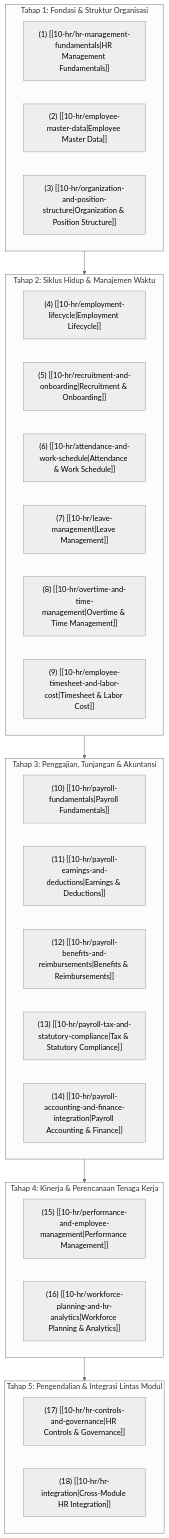
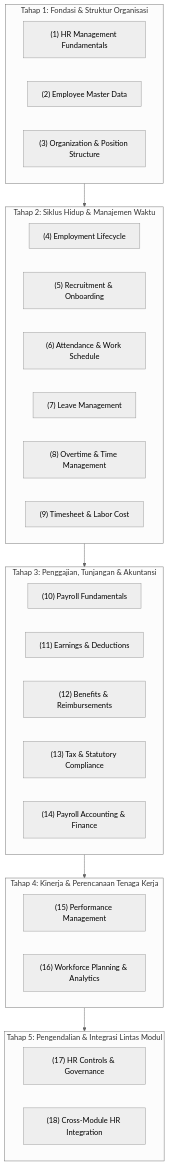
Before and after one commit to alimurrofid/erp-notes: the diagram in content/10-hr/index.md, drawn with Mermaid (neutral theme). The commit also changed 37 other files, not shown here.

Commit message:
refactor(content): normalize section headings and Mermaid labels

````diff
--- a/content/10-hr/index.md
+++ b/content/10-hr/index.md
@@ -21,37 +21,37 @@
 ```mermaid
 flowchart TD
     subgraph S1["Tahap 1: Fondasi & Struktur Organisasi"]
-        N1["(1) [[10-hr/hr-management-fundamentals|HR Management Fundamentals]]"]
-        N2["(2) [[10-hr/employee-master-data|Employee Master Data]]"]
-        N3["(3) [[10-hr/organization-and-position-structure|Organization & Position Structure]]"]
+        N1["(1) HR Management Fundamentals"]
+        N2["(2) Employee Master Data"]
+        N3["(3) Organization & Position Structure"]
     end
 
     subgraph S2["Tahap 2: Siklus Hidup & Manajemen Waktu"]
-        N4["(4) [[10-hr/employment-lifecycle|Employment Lifecycle]]"]
-        N5["(5) [[10-hr/recruitment-and-onboarding|Recruitment & Onboarding]]"]
-        N6["(6) [[10-hr/attendance-and-work-schedule|Attendance & Work Schedule]]"]
-        N7["(7) [[10-hr/leave-management|Leave Management]]"]
-        N8["(8) [[10-hr/overtime-and-time-management|Overtime & Time Management]]"]
-        N9["(9) [[10-hr/employee-timesheet-and-labor-cost|Timesheet & Labor Cost]]"]
+        N4["(4) Employment Lifecycle"]
+        N5["(5) Recruitment & Onboarding"]
+        N6["(6) Attendance & Work Schedule"]
+        N7["(7) Leave Management"]
+        N8["(8) Overtime & Time Management"]
+        N9["(9) Timesheet & Labor Cost"]
     end
 
     subgraph S3["Tahap 3: Penggajian, Tunjangan & Akuntansi"]
-        N10["(10) [[10-hr/payroll-fundamentals|Payroll Fundamentals]]"]
-        N11["(11) [[10-hr/payroll-earnings-and-deductions|Earnings & Deductions]]"]
-        N12["(12) [[10-hr/payroll-benefits-and-reimbursements|Benefits & Reimbursements]]"]
-        N13["(13) [[10-hr/payroll-tax-and-statutory-compliance|Tax & Statutory Compliance]]"]
-        N14["(14) [[10-hr/payroll-accounting-and-finance-integration|Payroll Accounting & Finance]]"]
+        N10["(10) Payroll Fundamentals"]
+        N11["(11) Earnings & Deductions"]
+        N12["(12) Benefits & Reimbursements"]
+        N13["(13) Tax & Statutory Compliance"]
+        N14["(14) Payroll Accounting & Finance"]
     end
 
     subgraph S4["Tahap 4: Kinerja & Perencanaan Tenaga Kerja"]
-        N15["(15) [[10-hr/performance-and-employee-management|Performance Management]]"]
-        N16["(16) [[10-hr/workforce-planning-and-hr-analytics|Workforce Planning & Analytics]]"]
+        N15["(15) Performance Management"]
+        N16["(16) Workforce Planning & Analytics"]
     end
 
     subgraph S5["Tahap 5: Pengendalian & Integrasi Lintas Modul"]
-        N17["(17) [[10-hr/hr-controls-and-governance|HR Controls & Governance]]"]
-        N18["(18) [[10-hr/hr-integration|Cross-Module HR Integration]]"]
+        N17["(17) HR Controls & Governance"]
+        N18["(18) Cross-Module HR Integration"]
     end
 
     S1 --> S2 --> S3 --> S4 --> S5
 ```
````
